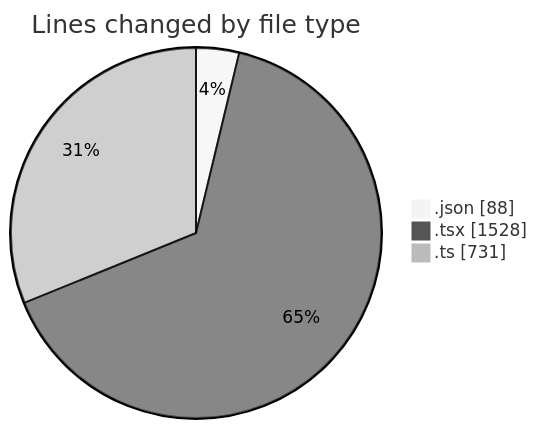
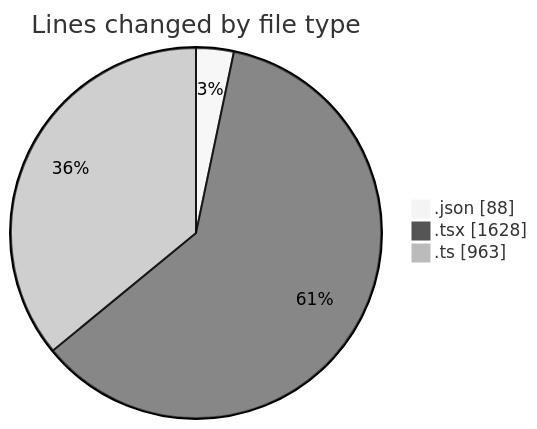
One commit to momahboobian/code-tracking changed the first of 2 diagrams in 2026-10-22/cda/README.md. Above: the diagram before and after it, drawn with Mermaid (neutral theme). The commit also changed other lines of this file and 1 other file, not shown here.

````diff
--- a/2026-10-22/cda/README.md
+++ b/2026-10-22/cda/README.md
@@ -28,7 +28,7 @@
 ```mermaid
 pie showData
 title Lines changed by file type
 ".json" : 88
-".tsx" : 1528
-".ts" : 731
+".tsx" : 1628
+".ts" : 963
 ```
````
